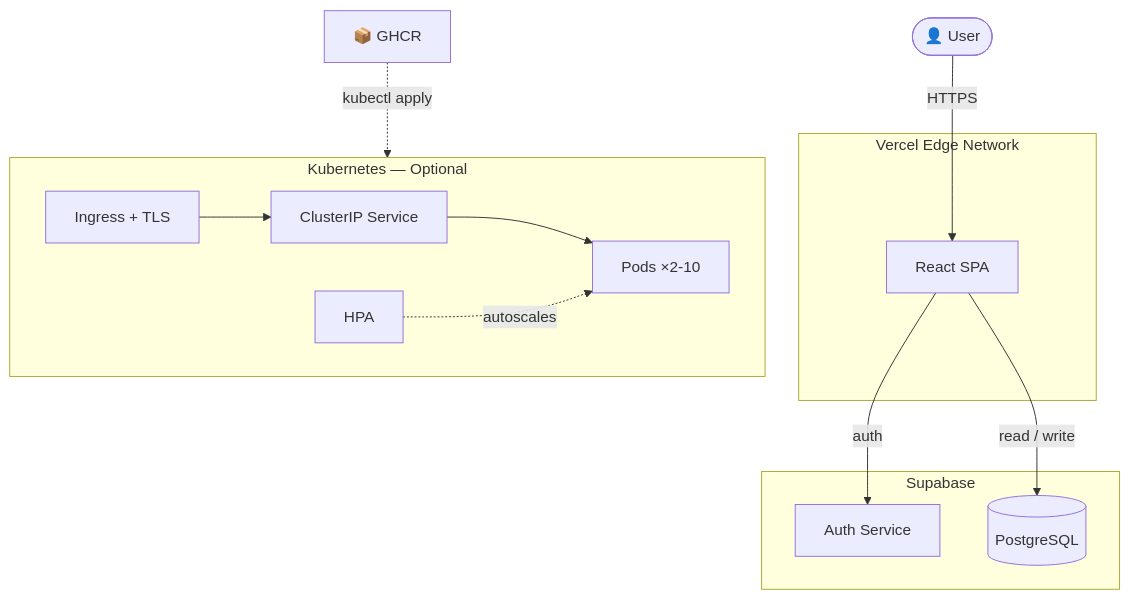
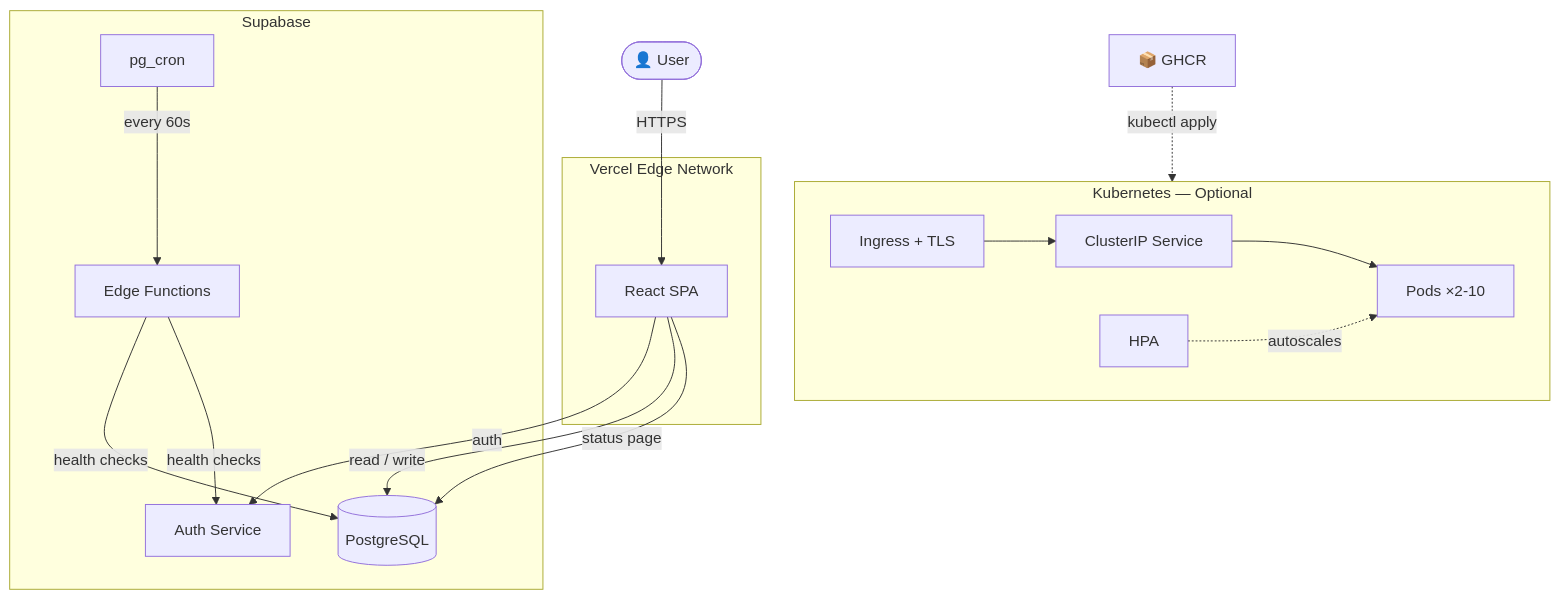
The second of 2 diagrams in README.md (or-carmeli/k8s-Interactive-game), drawn with Mermaid before and after one commit. The commit also changed other lines of this file and 4 other files, not shown here.

````diff
--- a/README.md
+++ b/README.md
@@ -102,24 +103,30 @@
 ```mermaid
 flowchart TD
     USER(["👤 User"])
 
     subgraph VERCEL["Vercel Edge Network"]
         SPA["React SPA"]
     end
 
     subgraph SB["Supabase"]
         AUTH["Auth Service"]
         DB[("PostgreSQL")]
+        EDGE["Edge Functions"]
+        CRON["pg_cron"]
     end
 
     subgraph K8S["Kubernetes — Optional"]
         ING["Ingress + TLS"] --> SVC["ClusterIP Service"] --> PODS["Pods ×2-10"]
         HPA["HPA"] -.->|autoscales| PODS
     end
 
     GHCR["📦 GHCR"] -.->|kubectl apply| K8S
 
     USER -->|HTTPS| SPA
     SPA -->|auth| AUTH
     SPA -->|read / write| DB
+    CRON -->|every 60s| EDGE
+    EDGE -->|health checks| DB
+    EDGE -->|health checks| AUTH
+    SPA -->|status page| DB
 ```
````
